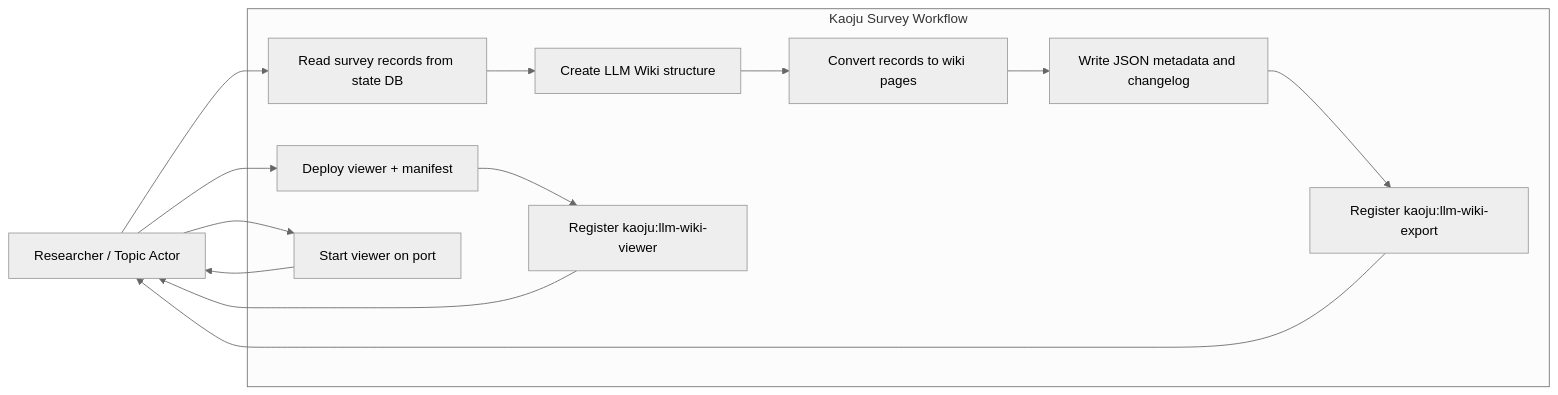
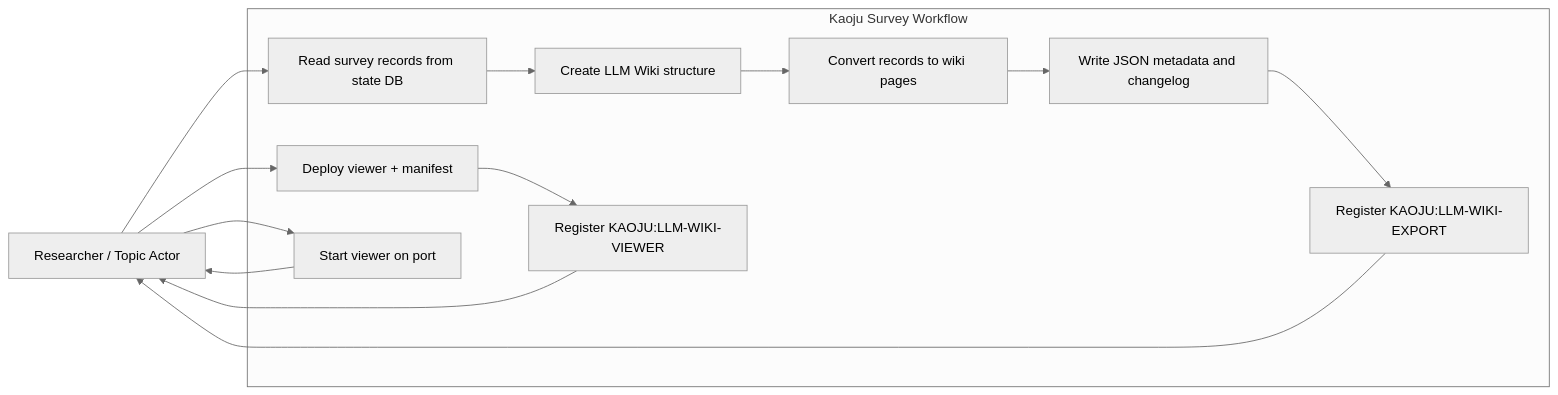
One commit to CodeGandee/isomer-labs changed the first of 2 diagrams in context/features/2026-07-14-kaoju-survey-process-usecases/usecases/uc-07-export-survey-records-to-llm-wiki-and-deploy-viewer.md. Above: the diagram before and after it, drawn with Mermaid (neutral theme). The commit also changed other lines of this file and 309 other files, not shown here.

````diff
--- a/context/features/2026-07-14-kaoju-survey-process-usecases/usecases/uc-07-export-survey-records-to-llm-wiki-and-deploy-viewer.md
+++ b/context/features/2026-07-14-kaoju-survey-process-usecases/usecases/uc-07-export-survey-records-to-llm-wiki-and-deploy-viewer.md
@@ -84,27 +84,27 @@
 ```mermaid
 flowchart LR
   Actor[Researcher / Topic Actor]
 
   subgraph System[Kaoju Survey Workflow]
     ReadRecords[Read survey records from state DB]
     CreateWiki[Create LLM Wiki structure]
     Convert[Convert records to wiki pages]
     WriteMeta[Write JSON metadata and changelog]
-    RegisterExport[Register kaoju:llm-wiki-export]
+    RegisterExport[Register KAOJU:LLM-WIKI-EXPORT]
     DeployViewer[Deploy viewer + manifest]
-    RegisterViewer[Register kaoju:llm-wiki-viewer]
+    RegisterViewer[Register KAOJU:LLM-WIKI-VIEWER]
     StartViewer[Start viewer on port]
   end
 
   Actor --> ReadRecords
   ReadRecords --> CreateWiki
   CreateWiki --> Convert
   Convert --> WriteMeta
   WriteMeta --> RegisterExport
   RegisterExport --> Actor
   Actor --> DeployViewer
   DeployViewer --> RegisterViewer
   RegisterViewer --> Actor
   Actor --> StartViewer
   StartViewer --> Actor
 ```
````
